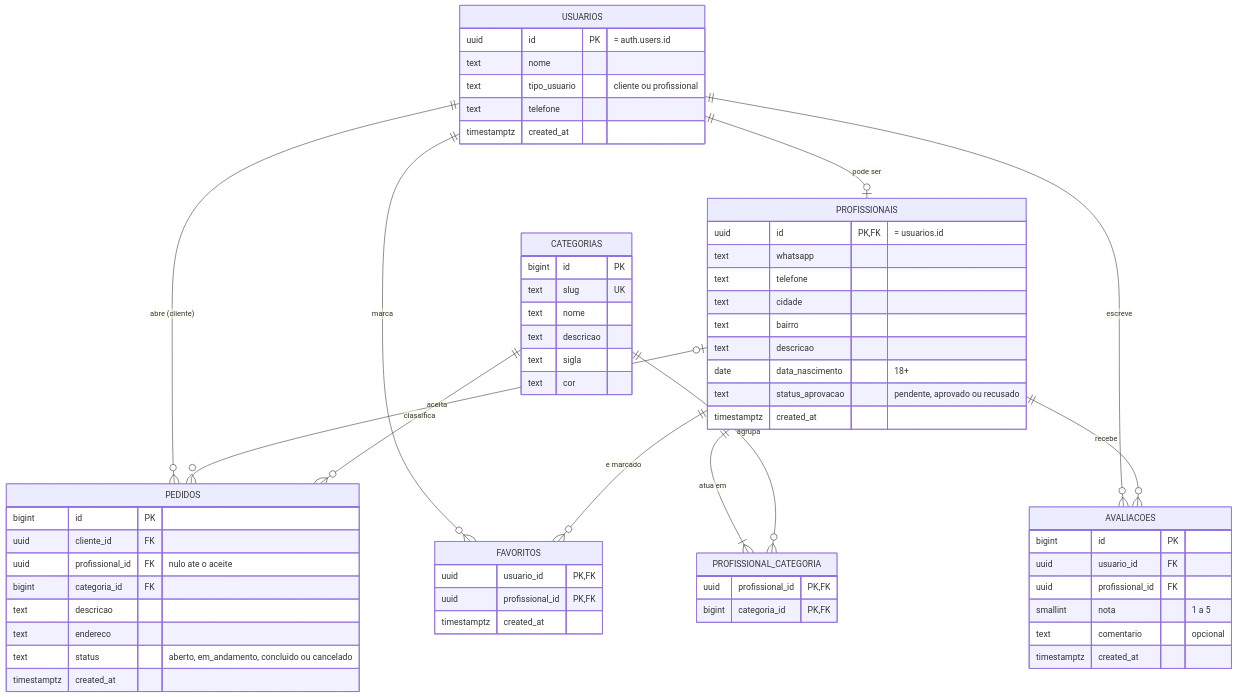
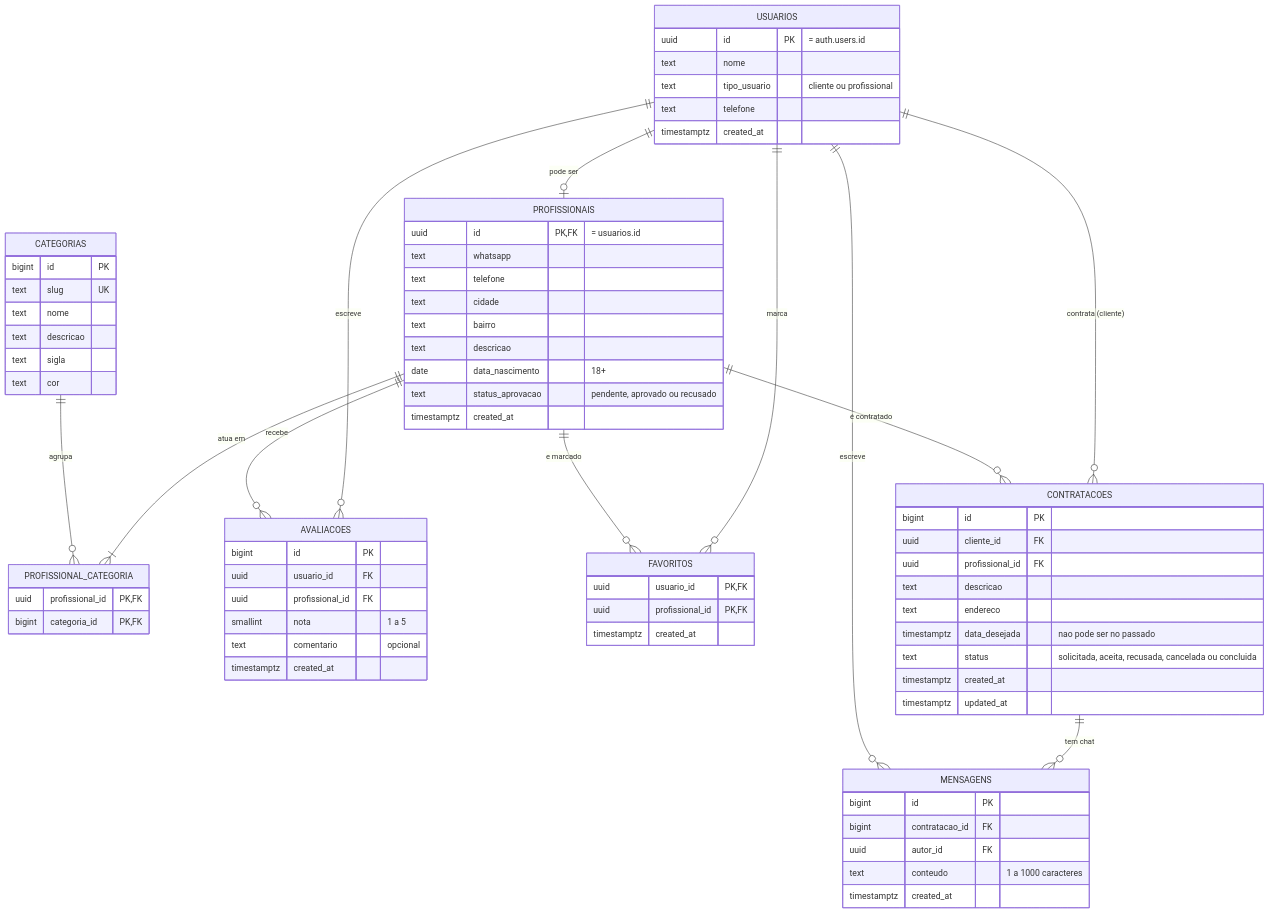
One commit to bruno-alves-pereira011/template_projeto_integrador changed the diagram in README.md. Above: the diagram before and after it, drawn with Mermaid. The commit also changed other lines of this file and 4 other files, not shown here.

Commit message:
feat(db): contratação direta e chat no schema (DEBT-003)

````diff
--- a/README.md
+++ b/README.md
@@ -282,67 +283,76 @@
 ```mermaid
 erDiagram
     USUARIOS ||--o| PROFISSIONAIS : "pode ser"
     PROFISSIONAIS ||--|{ PROFISSIONAL_CATEGORIA : "atua em"
     CATEGORIAS ||--o{ PROFISSIONAL_CATEGORIA : "agrupa"
     USUARIOS ||--o{ AVALIACOES : "escreve"
     PROFISSIONAIS ||--o{ AVALIACOES : "recebe"
     USUARIOS ||--o{ FAVORITOS : "marca"
     PROFISSIONAIS ||--o{ FAVORITOS : "e marcado"
-    USUARIOS ||--o{ PEDIDOS : "abre (cliente)"
-    PROFISSIONAIS |o--o{ PEDIDOS : "aceita"
-    CATEGORIAS ||--o{ PEDIDOS : "classifica"
+    USUARIOS ||--o{ CONTRATACOES : "contrata (cliente)"
+    PROFISSIONAIS ||--o{ CONTRATACOES : "é contratado"
+    CONTRATACOES ||--o{ MENSAGENS : "tem chat"
+    USUARIOS ||--o{ MENSAGENS : "escreve"
 
     USUARIOS {
         uuid id PK "= auth.users.id"
         text nome
         text tipo_usuario "cliente ou profissional"
         text telefone
         timestamptz created_at
     }
     PROFISSIONAIS {
         uuid id PK, FK "= usuarios.id"
         text whatsapp
         text telefone
         text cidade
         text bairro
         text descricao
         date data_nascimento "18+"
         text status_aprovacao "pendente, aprovado ou recusado"
         timestamptz created_at
     }
     CATEGORIAS {
         bigint id PK
         text slug UK
         text nome
         text descricao
         text sigla
         text cor
     }
     PROFISSIONAL_CATEGORIA {
         uuid profissional_id PK, FK
         bigint categoria_id PK, FK
     }
     AVALIACOES {
         bigint id PK
         uuid usuario_id FK
         uuid profissional_id FK
         smallint nota "1 a 5"
         text comentario "opcional"
         timestamptz created_at
     }
     FAVORITOS {
         uuid usuario_id PK, FK
         uuid profissional_id PK, FK
         timestamptz created_at
     }
-    PEDIDOS {
+    CONTRATACOES {
         bigint id PK
         uuid cliente_id FK
-        uuid profissional_id FK "nulo ate o aceite"
-        bigint categoria_id FK
+        uuid profissional_id FK
         text descricao
         text endereco
-        text status "aberto, em_andamento, concluido ou cancelado"
+        timestamptz data_desejada "nao pode ser no passado"
+        text status "solicitada, aceita, recusada, cancelada ou concluida"
+        timestamptz created_at
+        timestamptz updated_at
+    }
+    MENSAGENS {
+        bigint id PK
+        bigint contratacao_id FK
+        uuid autor_id FK
+        text conteudo "1 a 1000 caracteres"
         timestamptz created_at
     }
 ```
````
